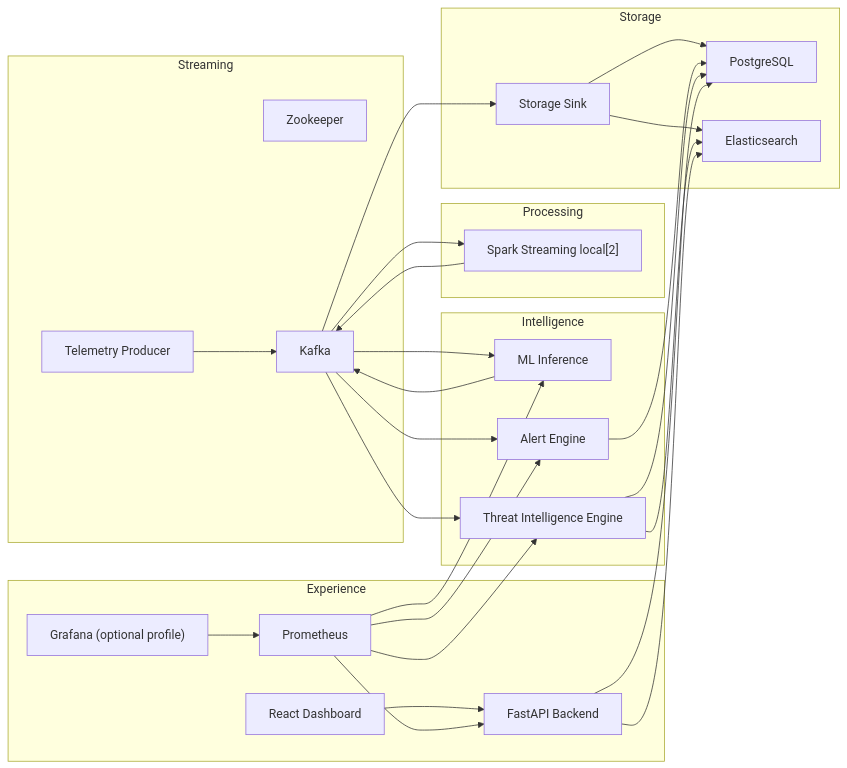
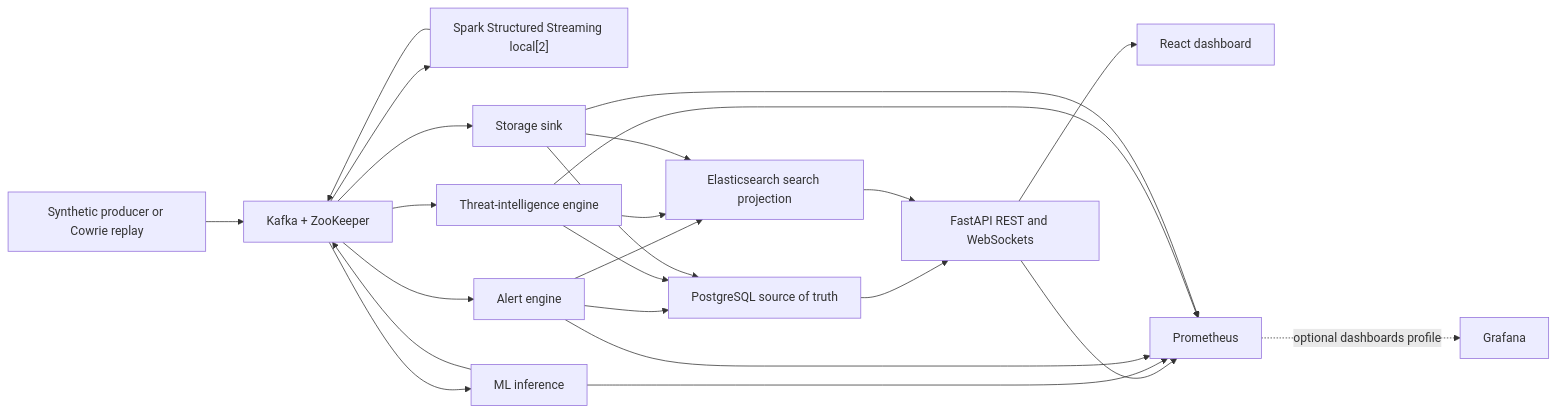
Before and after one commit to Jay-2522/Real-Time-Threat-Detection-and-Analytics: the diagram in docs/architecture.md, drawn with Mermaid. The commit also changed other lines of this file and 21 other files, not shown here.

````diff
--- a/docs/architecture.md
+++ b/docs/architecture.md
@@ -26,48 +7,26 @@
 ```mermaid
 flowchart LR
-    subgraph Streaming
-        Z["Zookeeper"]
-        K["Kafka"]
-        P["Telemetry Producer"]
-    end
-    subgraph Processing
-        SJ["Spark Streaming local[2]"]
-    end
-    subgraph Intelligence
-        ML["ML Inference"]
-        AE["Alert Engine"]
-        TI["Threat Intelligence Engine"]
-    end
-    subgraph Storage
-        PG["PostgreSQL"]
-        ES["Elasticsearch"]
-        SS["Storage Sink"]
-    end
-    subgraph Experience
-        API["FastAPI Backend"]
-        UI["React Dashboard"]
-        PR["Prometheus"]
-        GF["Grafana (optional profile)"]
-    end
-    P --> K
-    K --> SJ
-    SJ --> K
-    K --> ML
-    ML --> K
-    K --> AE
-    K --> TI
-    K --> SS
+    P["Synthetic producer or Cowrie replay"] --> K["Kafka + ZooKeeper"]
+    K --> S["Spark Structured Streaming local[2]"]
+    S --> K
+    K --> M["ML inference"]
+    M --> K
+    K --> A["Alert engine"]
+    K --> T["Threat-intelligence engine"]
+    K --> SS["Storage sink"]
+    A --> PG["PostgreSQL source of truth"]
+    T --> PG
     SS --> PG
+    A --> ES["Elasticsearch search projection"]
+    T --> ES
     SS --> ES
-    AE --> PG
-    TI --> PG
-    TI --> ES
-    API --> PG
-    API --> ES
-    UI --> API
-    PR --> API
-    PR --> ML
-    PR --> AE
-    PR --> TI
-    GF --> PR
+    PG --> API["FastAPI REST and WebSockets"]
+    ES --> API
+    API --> UI["React dashboard"]
+    API --> PR["Prometheus"]
+    M --> PR
+    A --> PR
+    T --> PR
+    SS --> PR
+    PR -. optional dashboards profile .-> G["Grafana"]
 ```
````
